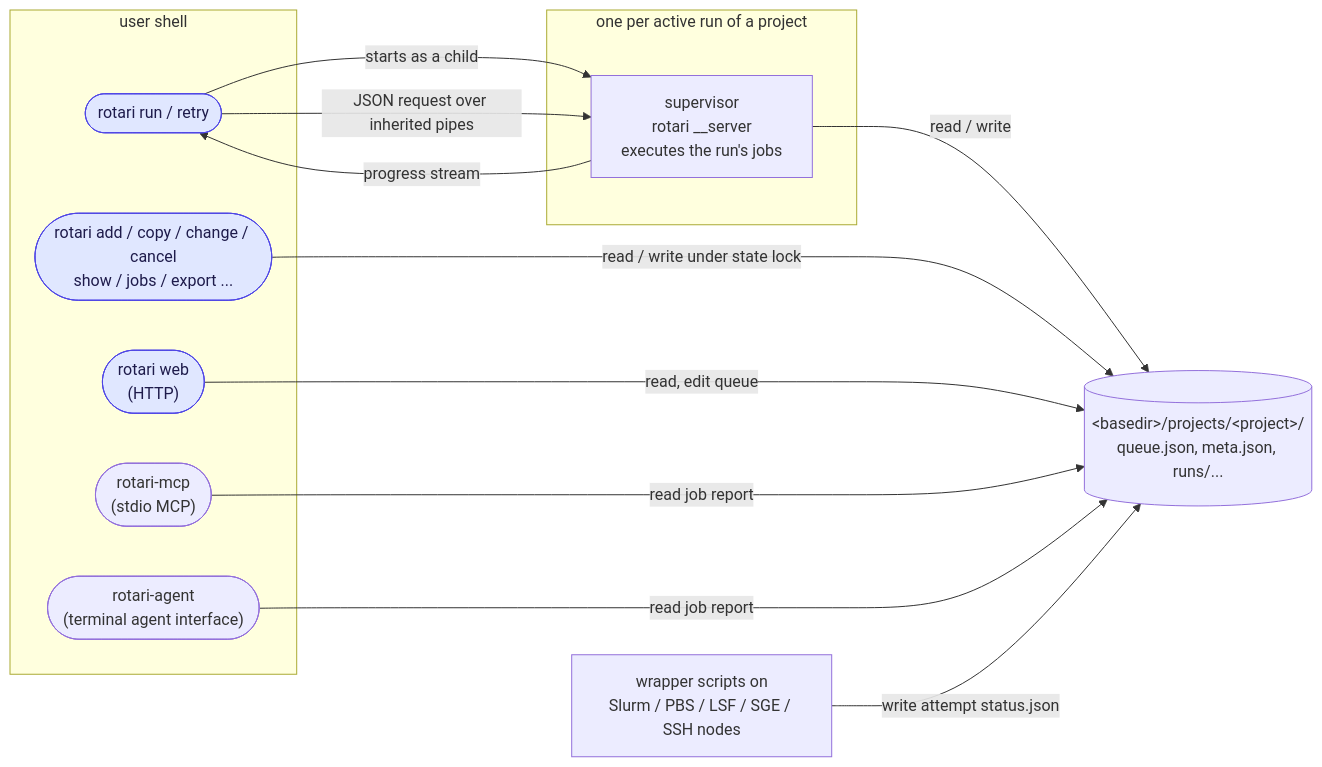
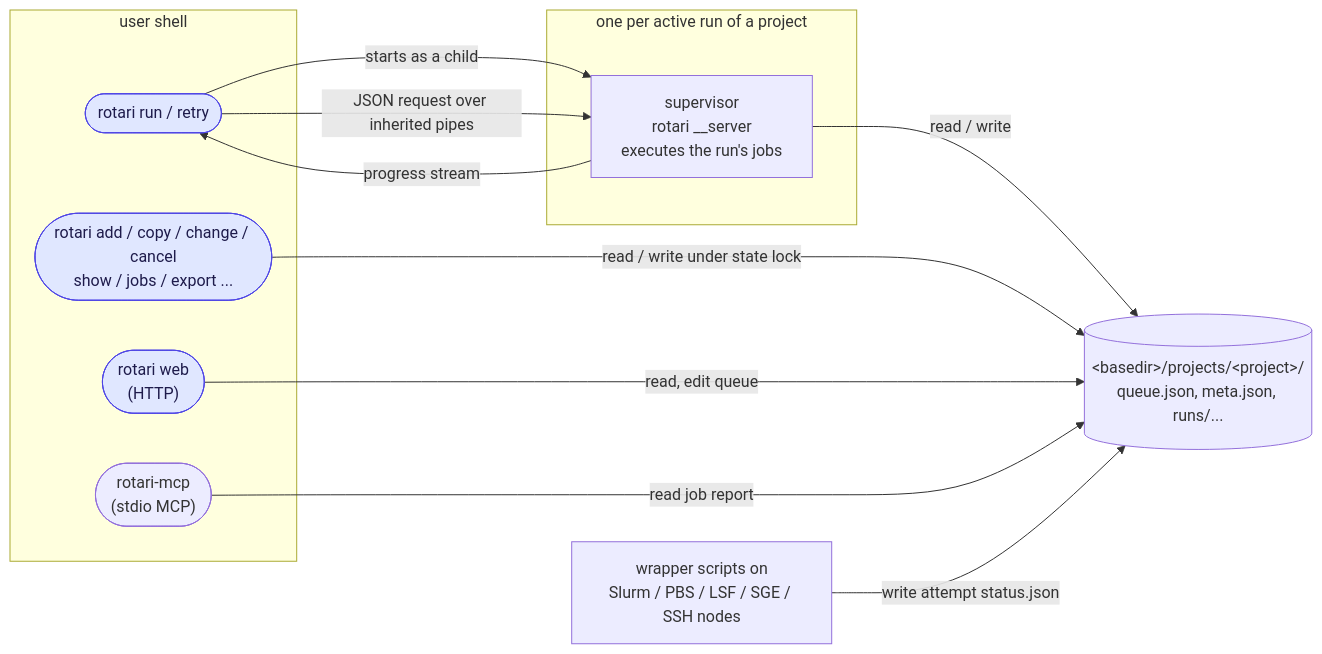
Before and after one commit to kamo-naoyuki/rotari: the first of 2 diagrams in docs/ARCHITECTURE.md, drawn with Mermaid. The commit also changed other lines of this file and 9 other files, not shown here.

First line of the commit message:
Locate MCP runs through the master registry and retire rotari-agent

````diff
--- a/docs/ARCHITECTURE.md
+++ b/docs/ARCHITECTURE.md
@@ -18,28 +18,26 @@
 ```mermaid
 flowchart LR
   subgraph clients["user shell"]
     runcli(["rotari run / retry"])
     direct(["rotari add / copy / change / cancel<br/>show / jobs / export ..."])
     webcli(["rotari web<br/>(HTTP)"])
       mcpcli(["rotari-mcp<br/>(stdio MCP)"])
-      agentcli(["rotari-agent<br/>(terminal agent interface)"])
   end
   subgraph sup["one per active run of a project"]
     supervisor["supervisor<br/>rotari __server<br/>executes the run's jobs"]
   end
   files[("&lt;basedir&gt;/projects/&lt;project&gt;/<br/>queue.json, meta.json, runs/...")]
    nodes["wrapper scripts on<br/>Slurm / PBS / LSF / SGE / SSH nodes"]
 
   runcli -->|"starts as a child"| supervisor
   runcli -->|"JSON request over inherited pipes"| supervisor
   supervisor -->|progress stream| runcli
   supervisor -->|read / write| files
   direct -->|"read / write under state lock"| files
   webcli -->|"read, edit queue"| files
    mcpcli -->|"read job report"| files
-   agentcli -->|"read job report"| files
   nodes -->|write attempt status.json| files
 
    classDef command fill:#e0e7ff,stroke:#4f46e5,color:#1e1b4b
   class runcli,direct,webcli command
 ```
````
